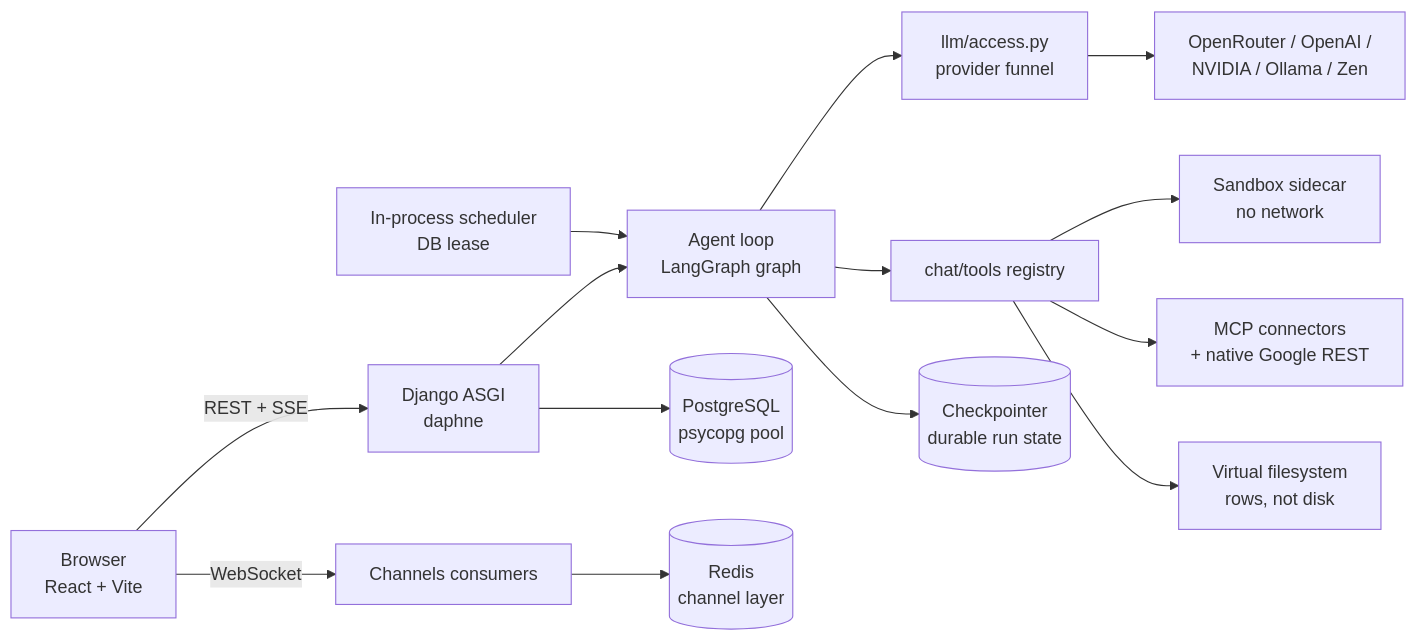
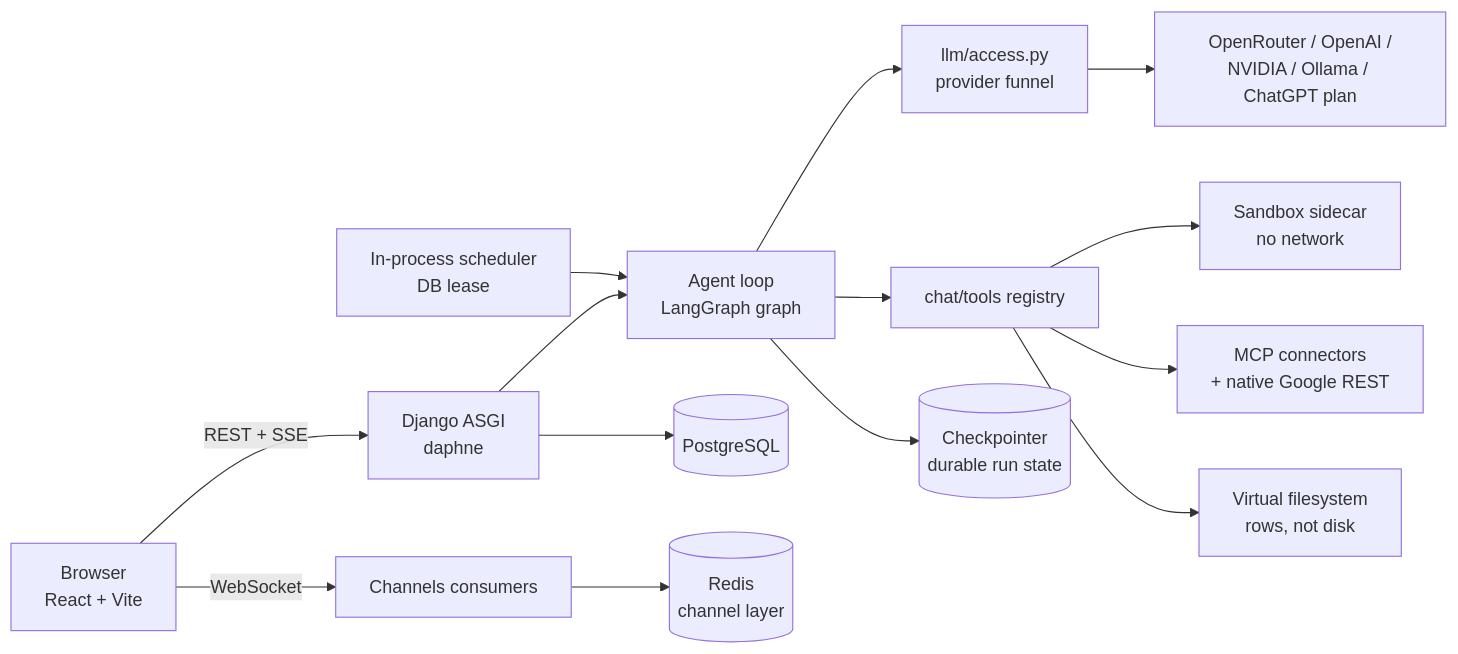
Before and after one commit to KaushalJainAI/AIAAS: the second of 7 diagrams in LLD_Guide/01_HLD_and_Object_Model.md, drawn with Mermaid. The commit also changed other lines of this file and 323 other files, not shown here.

````diff
--- a/LLD_Guide/01_HLD_and_Object_Model.md
+++ b/LLD_Guide/01_HLD_and_Object_Model.md
@@ -80,16 +72,16 @@
 ```mermaid
 flowchart LR
     U[Browser<br/>React + Vite] -- REST + SSE --> API[Django ASGI<br/>daphne]
     U -- WebSocket --> WS[Channels consumers]
     API --> LOOP[Agent loop<br/>LangGraph graph]
     LOOP --> LLM[llm/access.py<br/>provider funnel]
-    LLM --> P1[OpenRouter / OpenAI /<br/>NVIDIA / Ollama / Zen]
+    LLM --> P1[OpenRouter / OpenAI /<br/>NVIDIA / Ollama / ChatGPT plan]
     LOOP --> TOOLS[chat/tools registry]
     TOOLS --> SBX[Sandbox sidecar<br/>no network]
     TOOLS --> MCP[MCP connectors<br/>+ native Google REST]
     TOOLS --> VFS[Virtual filesystem<br/>rows, not disk]
-    API --> DB[(PostgreSQL<br/>psycopg pool)]
+    API --> DB[(PostgreSQL)]
     LOOP --> CP[(Checkpointer<br/>durable run state)]
     WS --> R[(Redis<br/>channel layer)]
     SCH[In-process scheduler<br/>DB lease] --> LOOP
 ```
````
